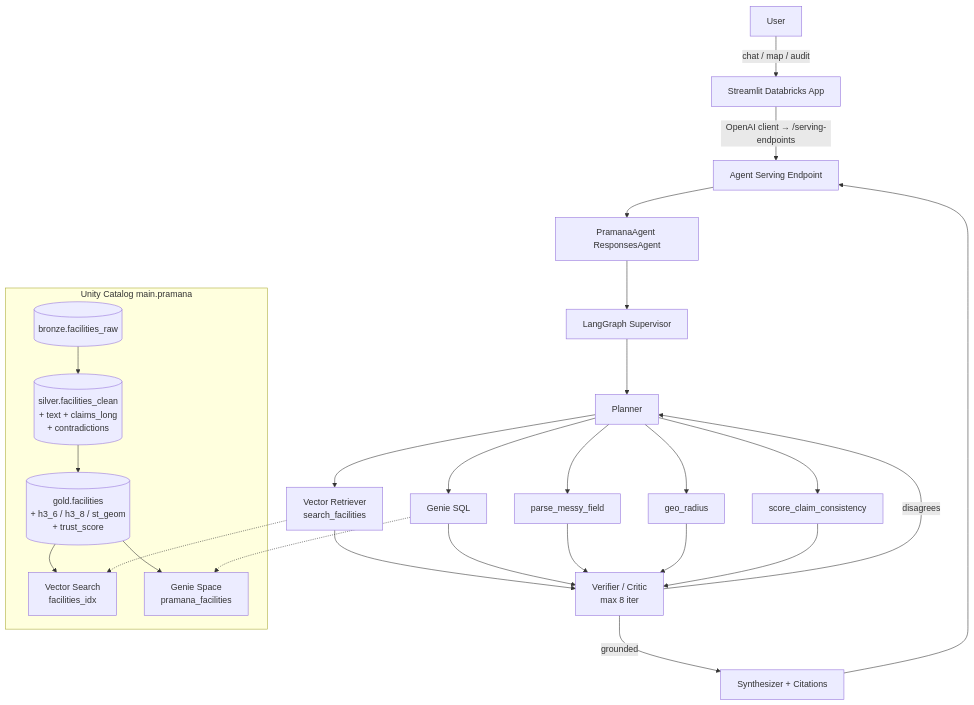
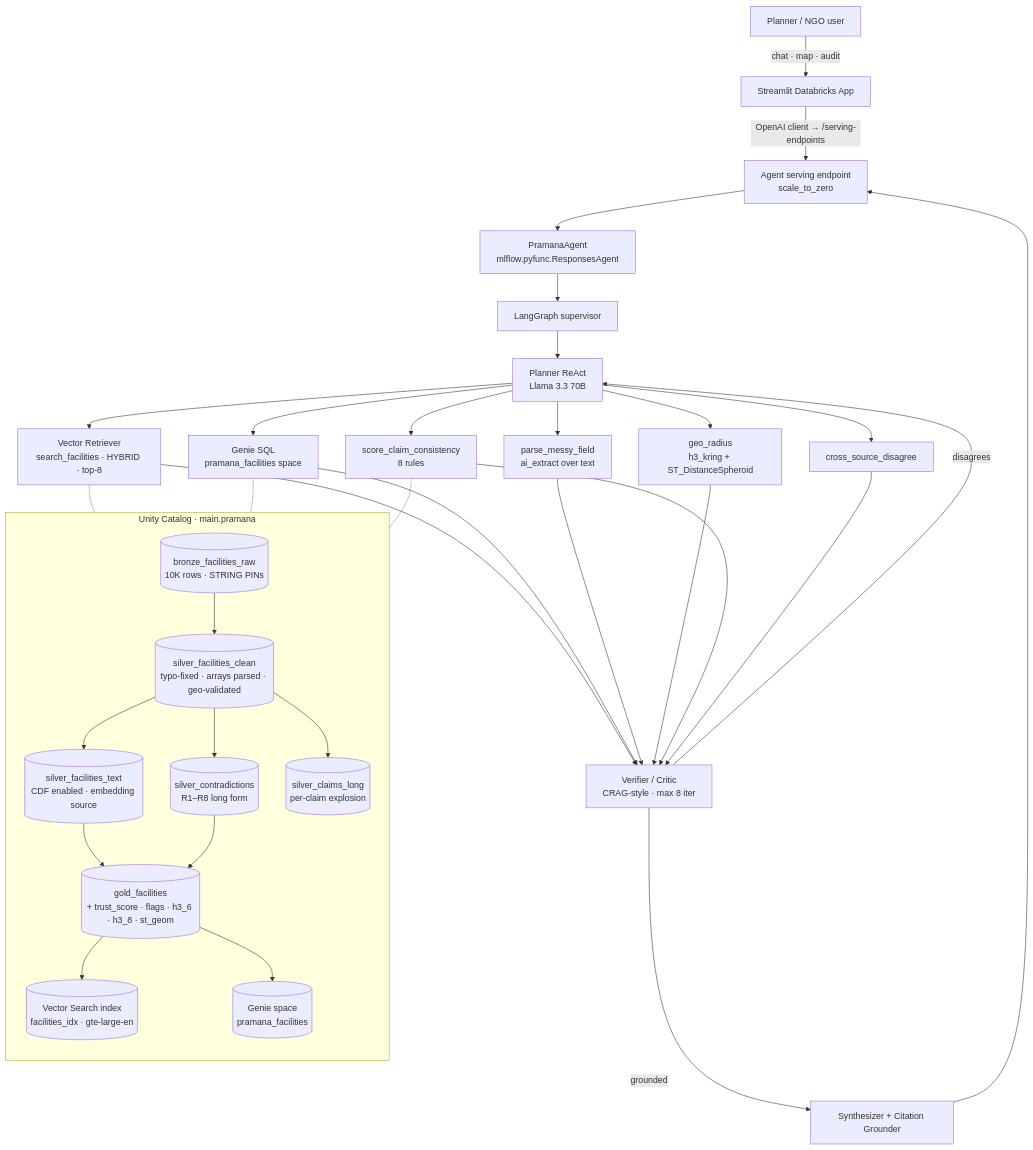
Before and after one commit to amaan784/pramana-care-ai: the diagram in README.md, drawn with Mermaid. The commit also changed other lines of this file, not shown here.

````diff
--- a/README.md
+++ b/README.md
@@ -15,26 +56,35 @@
 ```mermaid
 flowchart TD
-  U[User] -->|chat / map / audit| APP[Streamlit Databricks App]
-  APP -->|OpenAI client → /serving-endpoints| EP[Agent Serving Endpoint]
-  EP --> AG[PramanaAgent ResponsesAgent]
-  AG --> G[LangGraph Supervisor]
-  G --> P[Planner]
-  P --> R[Vector Retriever<br/>search_facilities]
-  P --> GS[Genie SQL]
-  P --> PF[parse_messy_field]
-  P --> GR[geo_radius]
-  P --> CS[score_claim_consistency]
-  R & GS & PF & GR & CS --> V[Verifier / Critic<br/>max 8 iter]
+  U[Planner / NGO user] -->|chat · map · audit| APP[Streamlit Databricks App]
+  APP -->|OpenAI client → /serving-endpoints| EP[Agent serving endpoint<br/>scale_to_zero]
+  EP --> AG[PramanaAgent<br/>mlflow.pyfunc.ResponsesAgent]
+  AG --> G[LangGraph supervisor]
+
+  G --> P[Planner ReAct<br/>Llama 3.3 70B]
+  P --> R[Vector Retriever<br/>search_facilities · HYBRID · top-8]
+  P --> GS[Genie SQL<br/>pramana_facilities space]
+  P --> PF[parse_messy_field<br/>ai_extract over text]
+  P --> GR[geo_radius<br/>h3_kring + ST_DistanceSpheroid]
+  P --> CS[score_claim_consistency<br/>8 rules]
+  P --> XS[cross_source_disagree]
+
+  R & GS & PF & GR & CS & XS --> V[Verifier / Critic<br/>CRAG-style · max 8 iter]
   V -->|disagrees| P
-  V -->|grounded| S[Synthesizer + Citations]
+  V -->|grounded| S[Synthesizer + Citation Grounder]
   S --> EP
 
-  subgraph Lakehouse[Unity Catalog main.pramana]
-    B[(bronze.facilities_raw)] --> SL[(silver.facilities_clean<br/>+ text + claims_long<br/>+ contradictions)]
-    SL --> GD[(gold.facilities<br/>+ h3_6 / h3_8 / st_geom<br/>+ trust_score)]
-    GD --> VS[Vector Search<br/>facilities_idx]
-    GD --> GE[Genie Space<br/>pramana_facilities]
+  subgraph Lakehouse[Unity Catalog · main.pramana]
+    direction TB
+    B[(bronze_facilities_raw<br/>10K rows · STRING PINs)] --> SC[(silver_facilities_clean<br/>typo-fixed · arrays parsed · geo-validated)]
+    SC --> ST[(silver_facilities_text<br/>CDF enabled · embedding source)]
+    SC --> CT[(silver_contradictions<br/>R1–R8 long form)]
+    SC --> CL[(silver_claims_long<br/>per-claim explosion)]
+    ST & CT --> GD[(gold_facilities<br/>+ trust_score · flags · h3_6 · h3_8 · st_geom)]
+    GD --> VS[(Vector Search index<br/>facilities_idx · gte-large-en)]
+    GD --> GE[(Genie space<br/>pramana_facilities)]
   end
-  R -.-> VS
-  GS -.-> GE
+
+  R -.- VS
+  GS -.- GE
+  CS -.- CT
 ```
````
